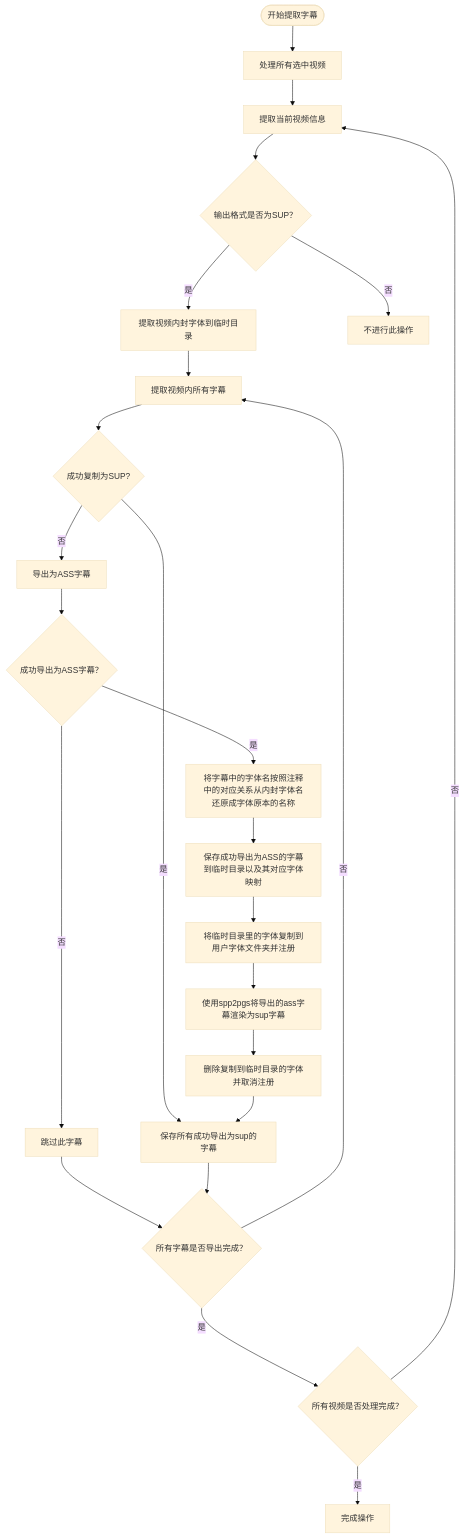
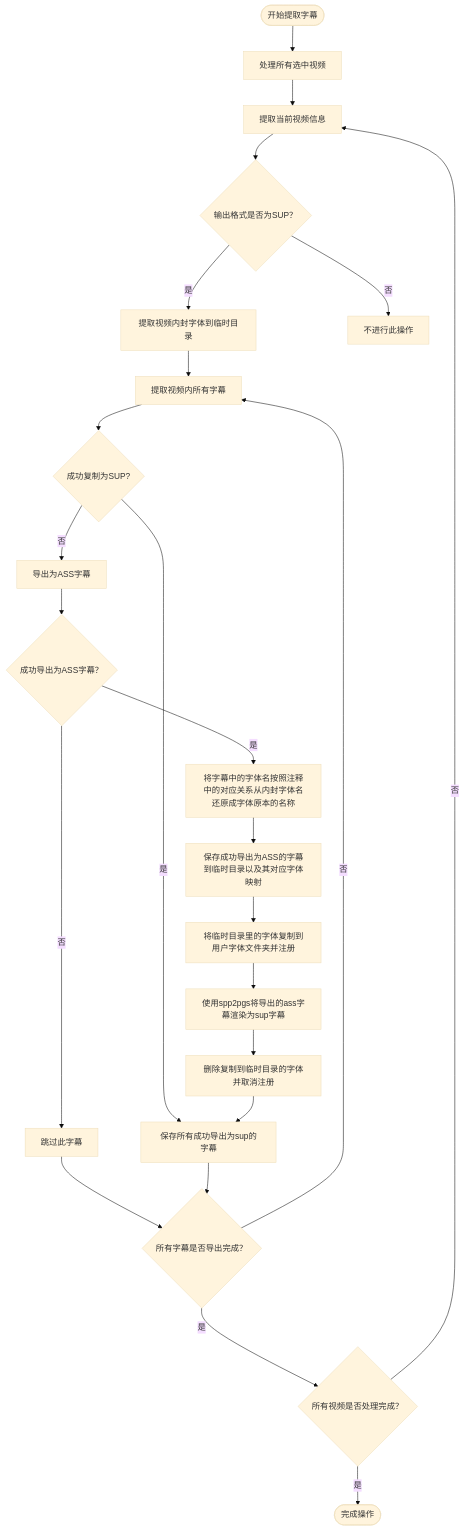
Before and after one commit to TCBOMC/Subtitle-Exporter: the fourth of 4 diagrams in README.md, drawn with Mermaid (base theme). The commit also changed other lines of this file, not shown here.

````diff
--- a/README.md
+++ b/README.md
@@ -162,31 +162,31 @@
     ```mermaid
     flowchart TD
     A(["开始提取字幕"]) --> B["处理所有选中视频"]
     C{"输出格式是否为SUP？"} -- 是 --> D@{ label: "<span style=\"color:\">提取视频内封字体到临时目录</span>" }
     C -- 否 --> E["不进行此操作"]
     B --> n1["提取当前视频信息"]
     n1 --> C
     D --> n19["提取视频内所有字幕"]
     n2["保存成功导出为ASS的字幕到临时目录以及其对应字体映射"] --> n3["将临时目录里的字体复制到用户字体文件夹并注册"]
     n3 --> n20["使用spp2pgs将导出的ass字幕渲染为sup字幕"]
     n5["所有视频是否处理完成？"] -- 否 --> n1
     n7["导出为ASS字幕"] --> n16["成功导出为ASS字幕？"]
     n8["成功复制为SUP?"] -- 否 --> n7
     n8 -- 是 --> n9["保存所有成功导出为sup的字幕"]
     n16 -- 是 --> n17["将字幕中的字体名按照注释中的对应关系从内封字体名还原成字体原本的名称"]
     n16 -- 否 --> n18["跳过此字幕"]
     n18 --> n22
     n17 --> n2
     n19 --> n8
     n20 --> n21["删除复制到临时目录的字体并取消注册"]
     n21 --> n9
     n9 --> n22@{ label: "<span style=\"color:\">所有字幕是否导出完成？</span>" }
-    n5 -- 是 --> n14["完成操作"]
+    n5 -- 是 --> n14(["完成操作"])
     n22 --是--> n5
     n22 --否--> n19
     D@{ shape: rect}
     n5@{ shape: diam}
     n16@{ shape: diam}
     n8@{ shape: diam}
     n22@{ shape: diam}
     ```
````
